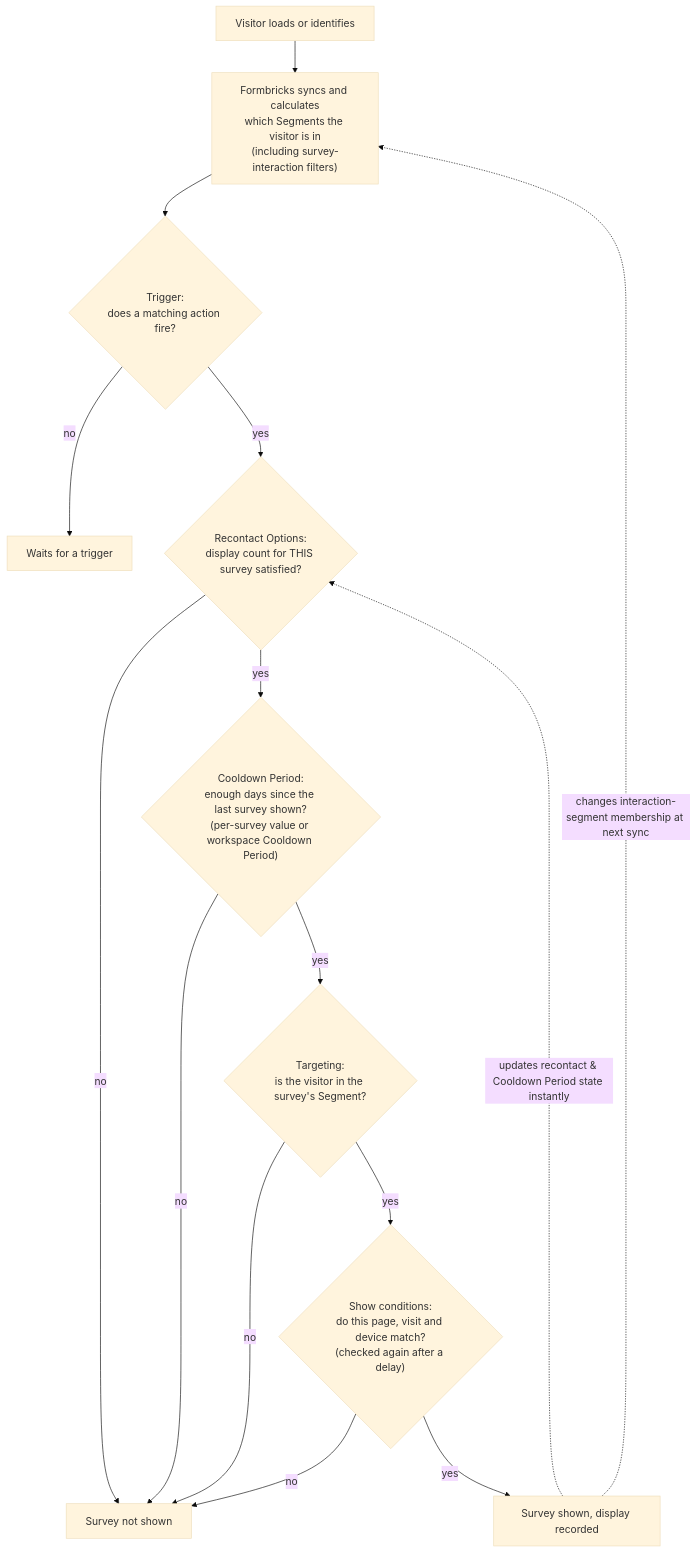
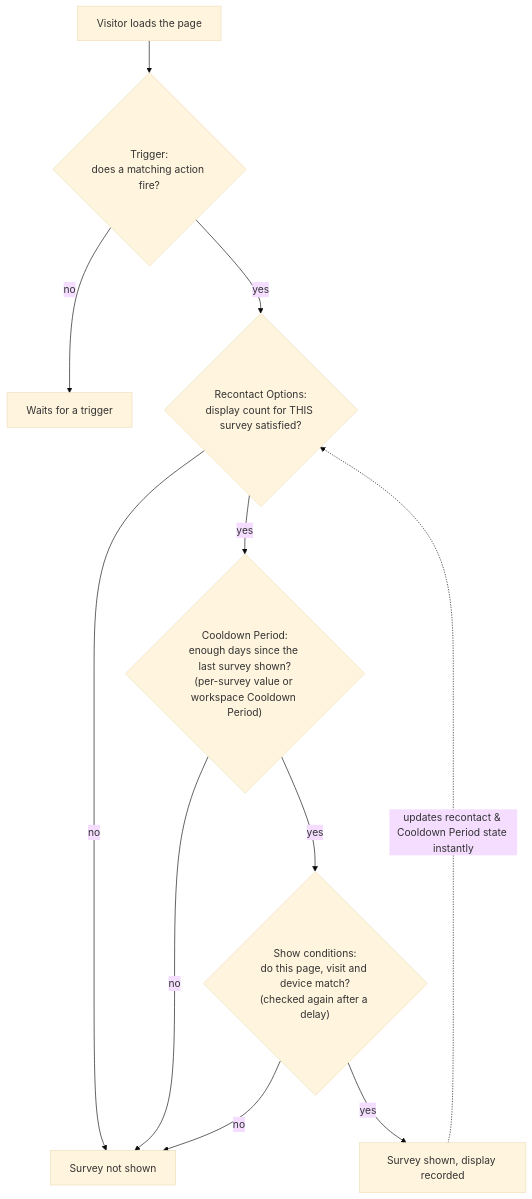
Before and after one commit to Gelhaus-Solutions/formbricks: the fourth of 4 diagrams in docs/surveys/website-app-surveys/survey-display-logic.mdx, drawn with Mermaid (base theme). The commit also changed other lines of this file and 46 other files, not shown here.

````diff
--- a/docs/surveys/website-app-surveys/survey-display-logic.mdx
+++ b/docs/surveys/website-app-surveys/survey-display-logic.mdx
@@ -187,17 +83,13 @@
 ```mermaid
 flowchart TD
-    A["Visitor loads or identifies"] --> B["Formbricks syncs and calculates<br/>which Segments the visitor is in<br/>(including survey-interaction filters)"]
-    B --> T{"Trigger:<br/>does a matching action fire?"}
+    A["Visitor loads the page"] --> T{"Trigger:<br/>does a matching action fire?"}
     T -->|no| WAIT["Waits for a trigger"]
     T -->|yes| R{"Recontact Options:<br/>display count for THIS survey satisfied?"}
     R -->|no| X["Survey not shown"]
     R -->|yes| W{"Cooldown Period:<br/>enough days since the last survey shown?<br/>(per-survey value or workspace Cooldown Period)"}
     W -->|no| X
-    W -->|yes| S{"Targeting:<br/>is the visitor in the survey's Segment?"}
-    S -->|no| X
-    S -->|yes| C{"Show conditions:<br/>do this page, visit and device match?<br/>(checked again after a delay)"}
+    W -->|yes| C{"Show conditions:<br/>do this page, visit and device match?<br/>(checked again after a delay)"}
     C -->|no| X
     C -->|yes| G["Survey shown, display recorded"]
     G -.->|"updates recontact & Cooldown Period state instantly"| R
-    G -.->|"changes interaction-segment membership at next sync"| B
 ```
````
